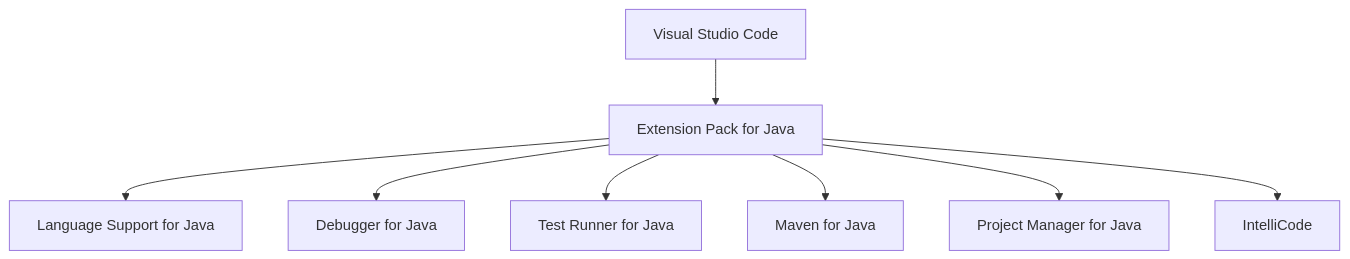
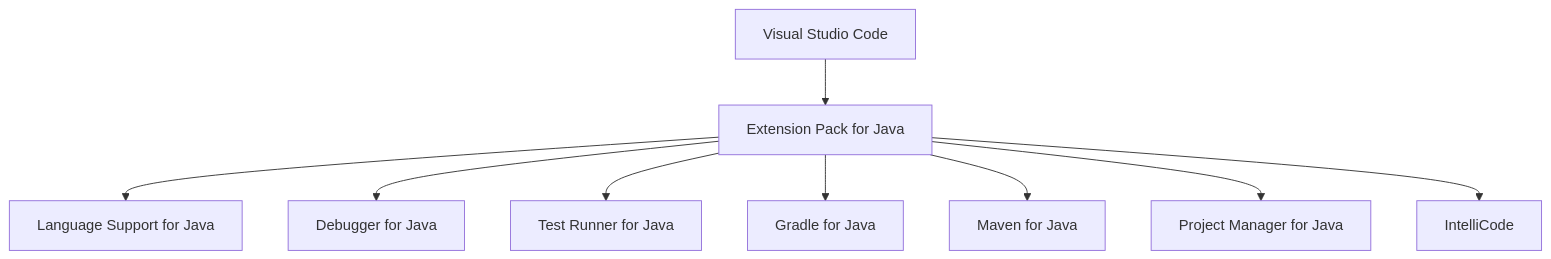
Before and after one commit to Team-Microserver/microserver-docs: the first of 2 diagrams in docs/01_project_start/02_environment/vscode/java_extension_setup.md, drawn with Mermaid. The commit also changed other lines of this file and 30 other files, not shown here.

````diff
--- a/docs/01_project_start/02_environment/vscode/java_extension_setup.md
+++ b/docs/01_project_start/02_environment/vscode/java_extension_setup.md
@@ -27,12 +27,13 @@
 ```mermaid
 flowchart TB
     VS[Visual Studio Code]
     VS --> PACK[Extension Pack for Java]
 
     PACK --> LANG[Language Support for Java]
     PACK --> DEBUG[Debugger for Java]
     PACK --> TEST[Test Runner for Java]
+    PACK --> GRADLE[Gradle for Java]
     PACK --> MAVEN[Maven for Java]
     PACK --> PROJECT[Project Manager for Java]
     PACK --> INTELLI[IntelliCode]
 ```
````
